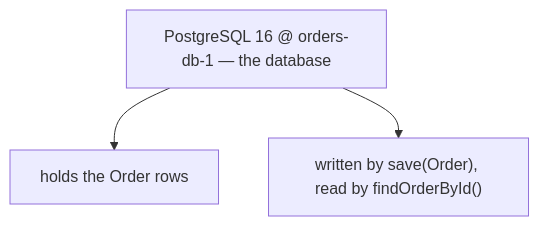
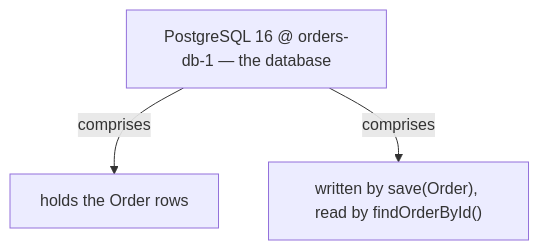
Before and after one commit to vinayakuber/microservices-io-study-guide: the seventh of 13 diagrams in docs/ch20-transaction-script.md, drawn with Mermaid. The commit also changed other lines of this file and 71 other files, not shown here.

First line of the commit message:
R18: label every diagram arrow with its meaning

````diff
--- a/docs/ch20-transaction-script.md
+++ b/docs/ch20-transaction-script.md
@@ -192,6 +192,6 @@
 ```mermaid
 flowchart TD
   R["PostgreSQL 16 @ orders-db-1 — the database"]
-  R --> P0["holds the Order rows"]
-  R --> P1["written by save(Order), read by findOrderById()"]
+  R -->|"comprises"| P0["holds the Order rows"]
+  R -->|"comprises"| P1["written by save(Order), read by findOrderById()"]
 ```
````
